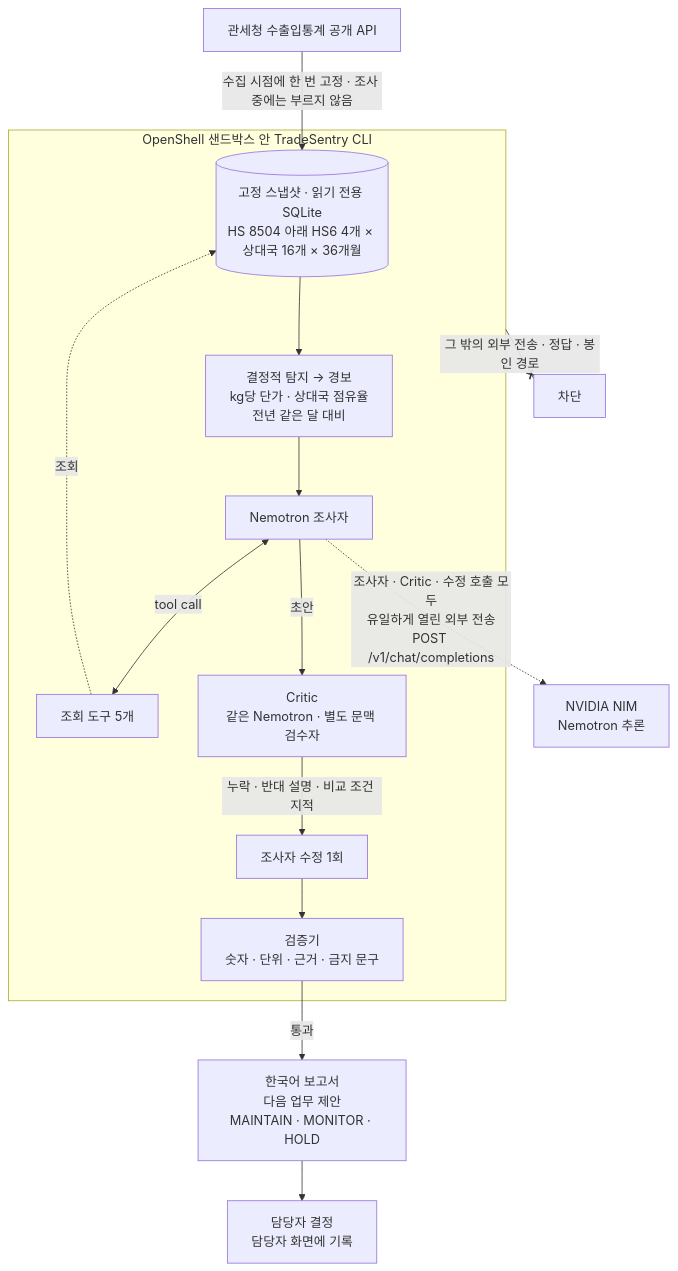
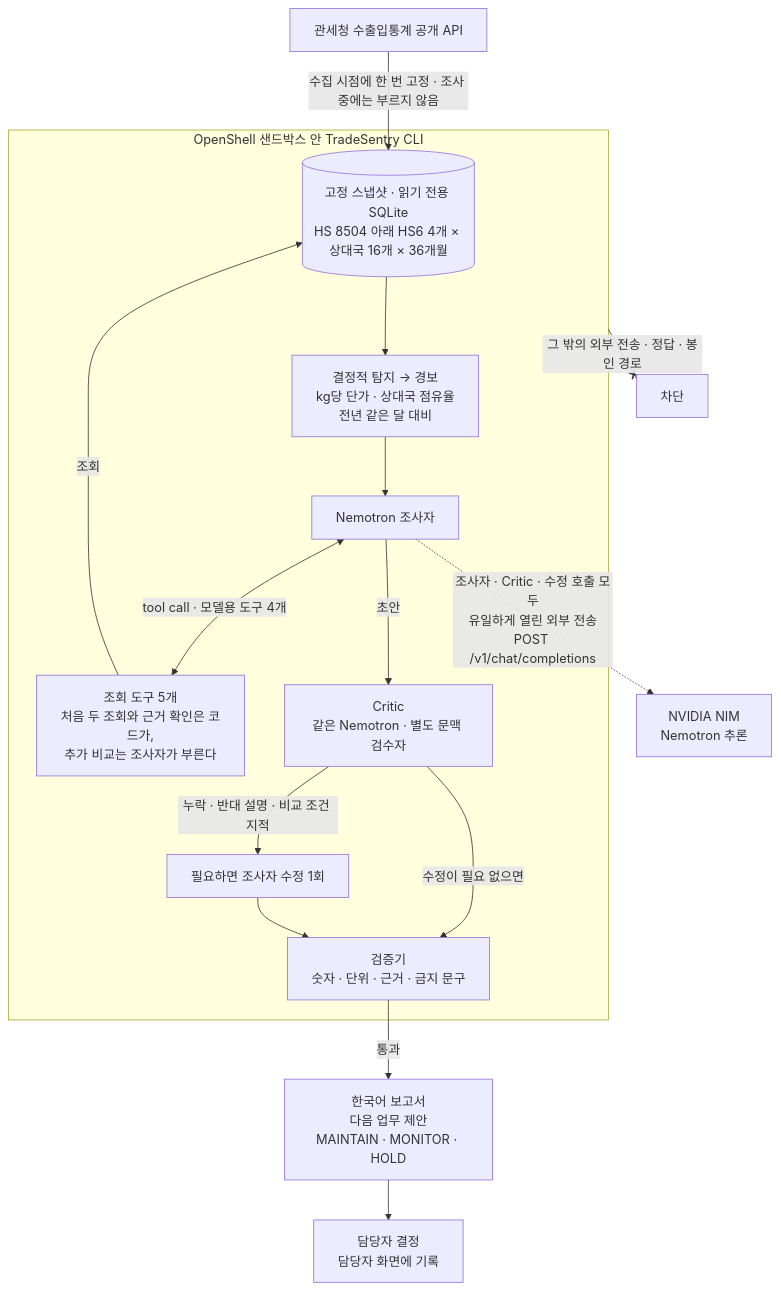
The first of 6 diagrams in README.md (JoeHwangHee/nvidia-hackathon-2026), drawn with Mermaid before and after one commit. The commit also changed other lines of this file and 1 other file, not shown here.

First line of the commit message:
docs(RDM1): 독립 검토 반영 — 조사 순서 그림을 코드·개발 플랜 6.7절에 맞춤(처음 두 조회·근거 확인은 코드, 모델용 도구 4개, 수정은 필요할 때), 시연·채점 샌드박스 분리 표시, 범례와 조회 선, 도구 서술 정확화 + status

````diff
--- a/README.md
+++ b/README.md
@@ -16,25 +16,26 @@
 ```mermaid
 flowchart TD
   SRC["관세청 수출입통계 공개 API"] -->|"수집 시점에 한 번 고정 · 조사 중에는 부르지 않음"| SNAP
   subgraph SB["OpenShell 샌드박스 안 TradeSentry CLI"]
     SNAP[("고정 스냅샷 · 읽기 전용 SQLite<br/>HS 8504 아래 HS6 4개 × 상대국 16개 × 36개월")]
     DET["결정적 탐지 → 경보<br/>kg당 단가 · 상대국 점유율<br/>전년 같은 달 대비"]
     INV["Nemotron 조사자"]
-    TOOLS["조회 도구 5개"]
+    TOOLS["조회 도구 5개<br/>처음 두 조회와 근거 확인은 코드가,<br/>추가 비교는 조사자가 부른다"]
     CRI["Critic<br/>같은 Nemotron · 별도 문맥 검수자"]
-    REV["조사자 수정 1회"]
+    REV["필요하면 조사자 수정 1회"]
     VAL["검증기<br/>숫자 · 단위 · 근거 · 금지 문구"]
     SNAP --> DET --> INV
-    INV <-->|"tool call"| TOOLS
-    TOOLS -.->|"조회"| SNAP
+    INV <-->|"tool call · 모델용 도구 4개"| TOOLS
+    TOOLS -->|"조회"| SNAP
     INV -->|"초안"| CRI
     CRI -->|"누락 · 반대 설명 · 비교 조건 지적"| REV
+    CRI -->|"수정이 필요 없으면"| VAL
     REV --> VAL
   end
   NIM["NVIDIA NIM<br/>Nemotron 추론"]
   INV -.->|"조사자 · Critic · 수정 호출 모두<br/>유일하게 열린 외부 전송<br/>POST /v1/chat/completions"| NIM
   OUT["한국어 보고서<br/>다음 업무 제안<br/>MAINTAIN · MONITOR · HOLD"]
   VAL -->|"통과"| OUT
   OUT --> USER["담당자 결정<br/>담당자 화면에 기록"]
   SB --x|"그 밖의 외부 전송 · 정답 · 봉인 경로"| BLK["차단"]
 ```
````
